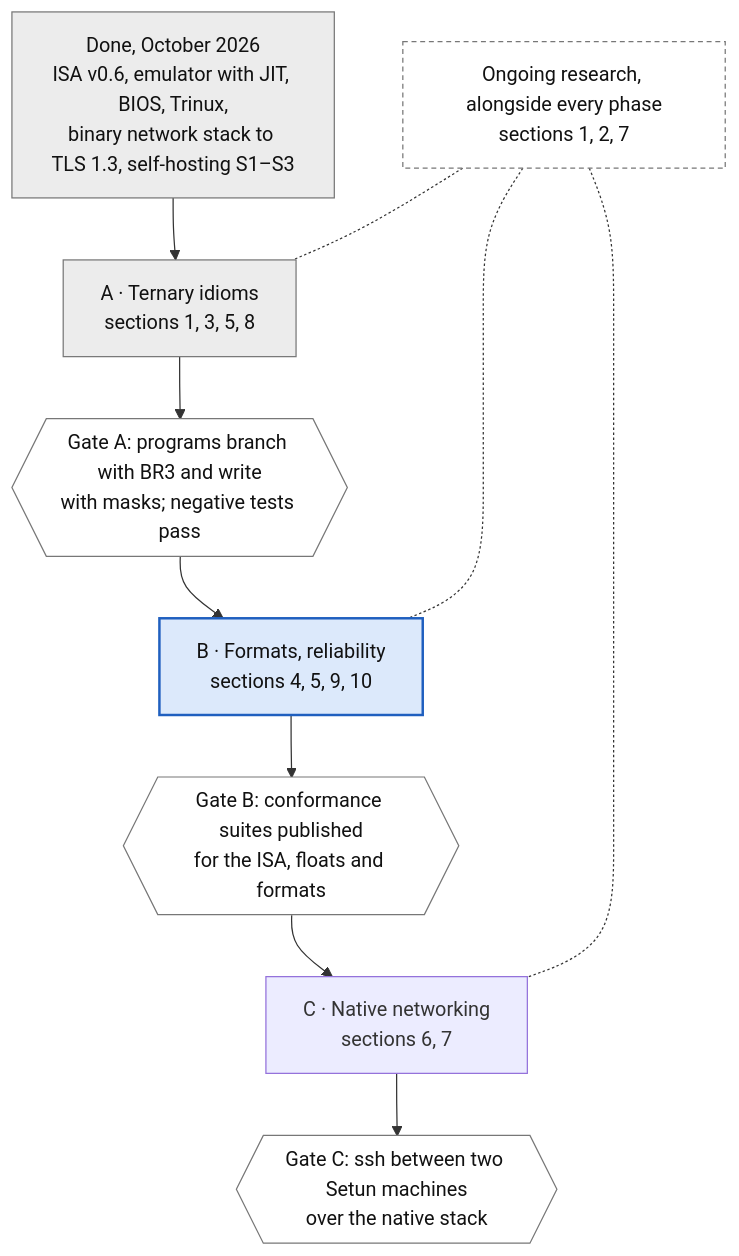
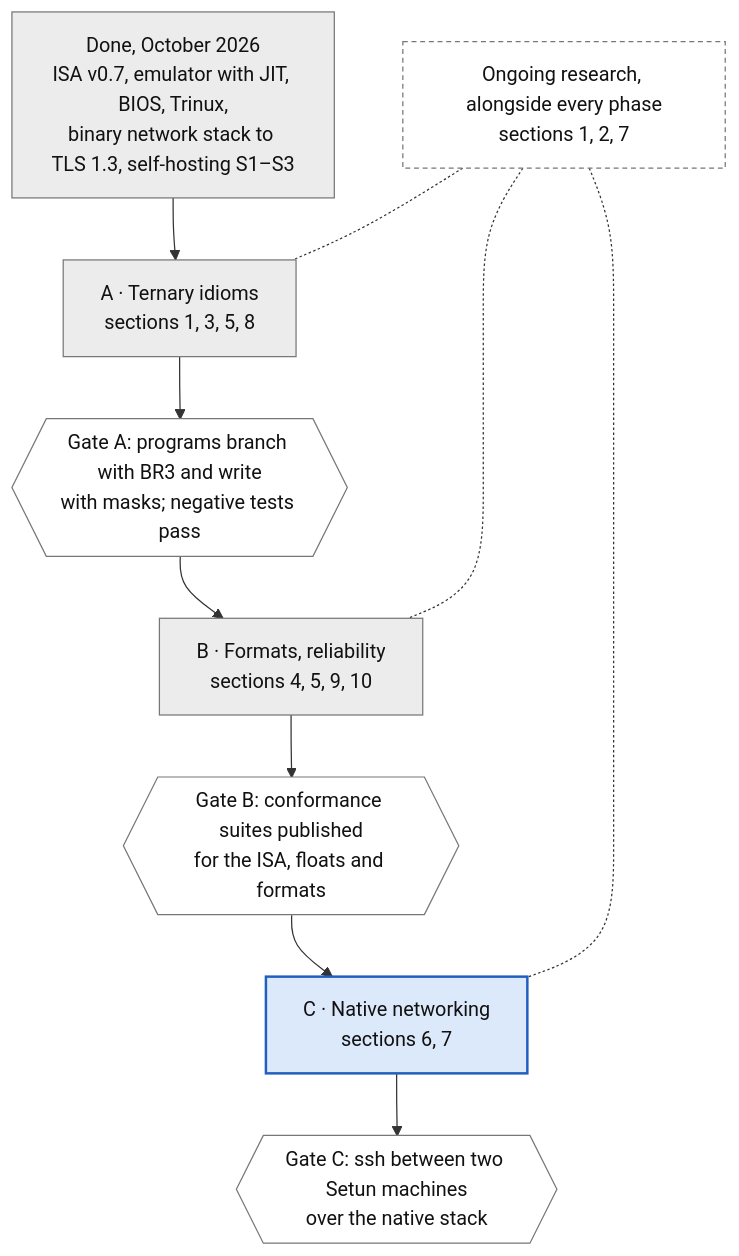
The second of 2 diagrams in docs/TERNARY_WORLD.md (darkclad/Setun), drawn with Mermaid before and after one commit. The commit also changed other lines of this file and 20 other files, not shown here.

````diff
--- a/docs/TERNARY_WORLD.md
+++ b/docs/TERNARY_WORLD.md
@@ -239,24 +239,25 @@
 ```mermaid
 flowchart TB
-    D["Done, October 2026<br/>ISA v0.6, emulator with JIT, BIOS, Trinux,<br/>binary network stack to TLS 1.3, self-hosting S1–S3"]
+    D["Done, October 2026<br/>ISA v0.7, emulator with JIT, BIOS, Trinux,<br/>binary network stack to TLS 1.3, self-hosting S1–S3"]
     A["A · Ternary idioms<br/>sections 1, 3, 5, 8"]
     GA{{"Gate A: programs branch with BR3 and write<br/>with masks; negative tests pass"}}
     B["B · Formats, reliability<br/>sections 4, 5, 9, 10"]
     GB{{"Gate B: conformance suites published<br/>for the ISA, floats and formats"}}
     C["C · Native networking<br/>sections 6, 7"]
     GC{{"Gate C: ssh between two Setun machines<br/>over the native stack"}}
     R["Ongoing research, alongside every phase<br/>sections 1, 2, 7"]
     D --> A --> GA --> B --> GB --> C --> GC
     R -.- A
     R -.- B
     R -.- C
     classDef done fill:#ececec,stroke:#777,color:#111
     classDef next fill:#dce9fb,stroke:#1f5fbf,color:#111,stroke-width:2px
     classDef gate fill:#fff,stroke:#777,color:#111
     classDef research fill:#fff,stroke:#777,color:#111,stroke-dasharray:4 3
     class D done
     class A done
-    class B next
+    class B done
+    class C next
     class GA,GB,GC gate
     class R research
 ```
````
